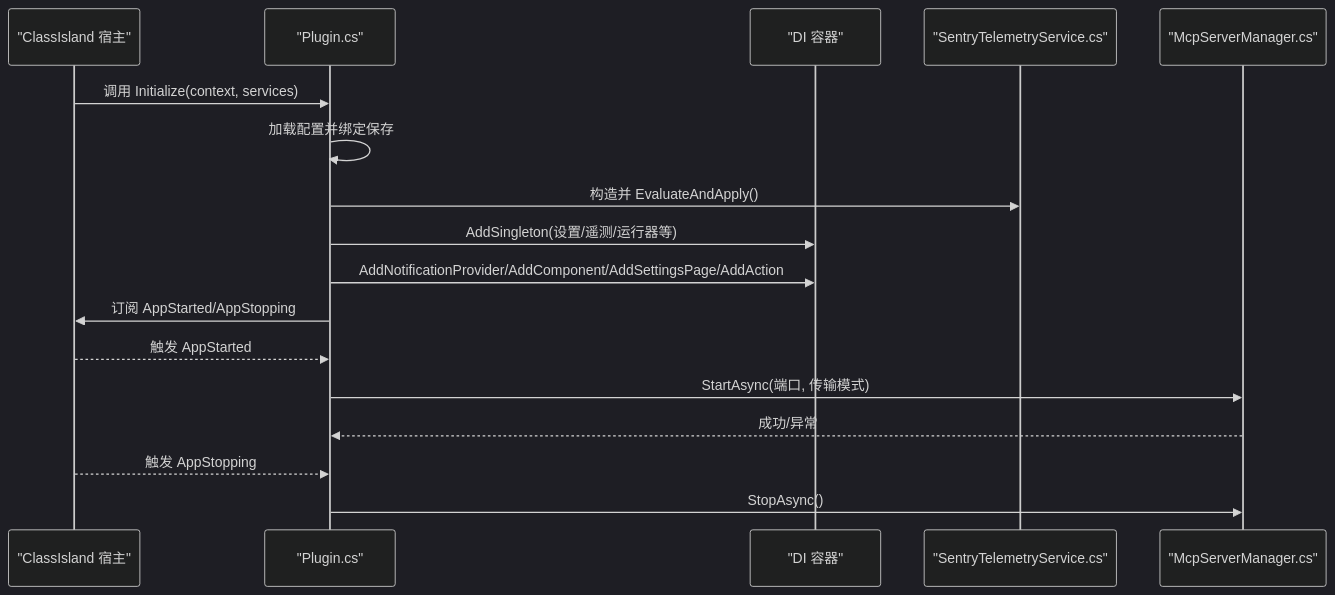
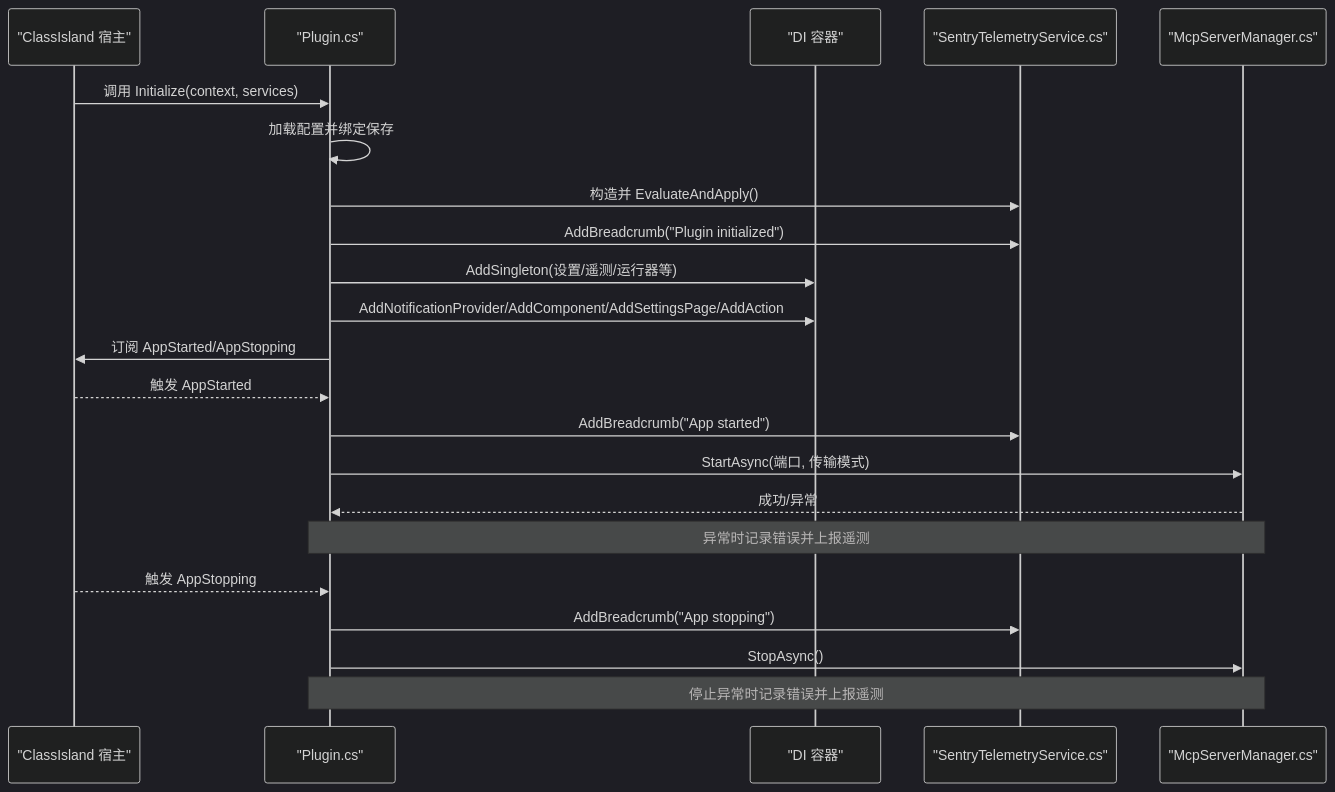
Before and after one commit to ShihaoShenDev/AgentIsland: the third of 8 diagrams in .qoder/repowiki/zh/content/架构设计/插件架构.md, drawn with Mermaid (dark theme). The commit also changed other lines of this file and 31 other files, not shown here.

````diff
--- a/.qoder/repowiki/zh/content/架构设计/插件架构.md
+++ b/.qoder/repowiki/zh/content/架构设计/插件架构.md
@@ -187,19 +210,24 @@
 ```mermaid
 sequenceDiagram
 participant Host as "ClassIsland 宿主"
 participant Plug as "Plugin.cs"
 participant DI as "DI 容器"
 participant Tel as "SentryTelemetryService.cs"
 participant Mcp as "McpServerManager.cs"
 Host->>Plug : 调用 Initialize(context, services)
 Plug->>Plug : 加载配置并绑定保存
 Plug->>Tel : 构造并 EvaluateAndApply()
+Plug->>Tel : AddBreadcrumb("Plugin initialized")
 Plug->>DI : AddSingleton(设置/遥测/运行器等)
 Plug->>DI : AddNotificationProvider/AddComponent/AddSettingsPage/AddAction
 Plug->>Host : 订阅 AppStarted/AppStopping
 Host-->>Plug : 触发 AppStarted
+Plug->>Tel : AddBreadcrumb("App started")
 Plug->>Mcp : StartAsync(端口, 传输模式)
 Mcp-->>Plug : 成功/异常
+Note over Plug,Mcp : 异常时记录错误并上报遥测
 Host-->>Plug : 触发 AppStopping
+Plug->>Tel : AddBreadcrumb("App stopping")
 Plug->>Mcp : StopAsync()
+Note over Plug,Mcp : 停止异常时记录错误并上报遥测
 ```
````
